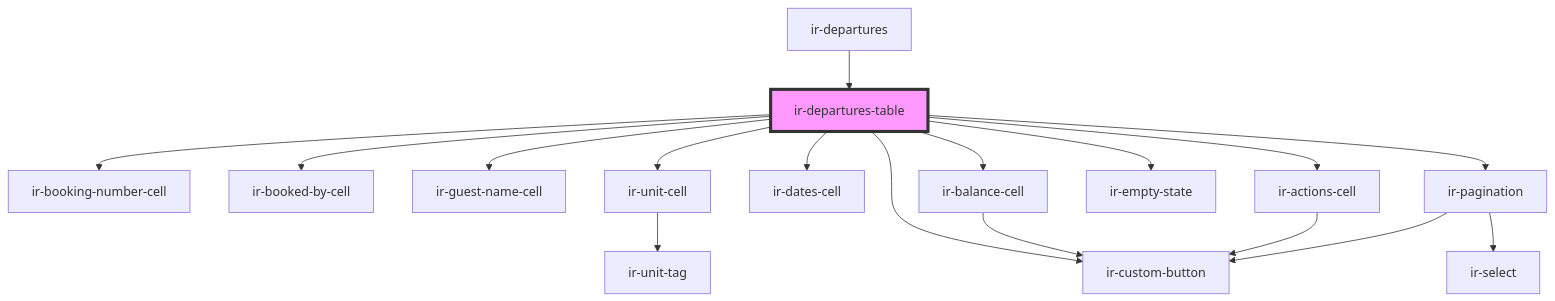
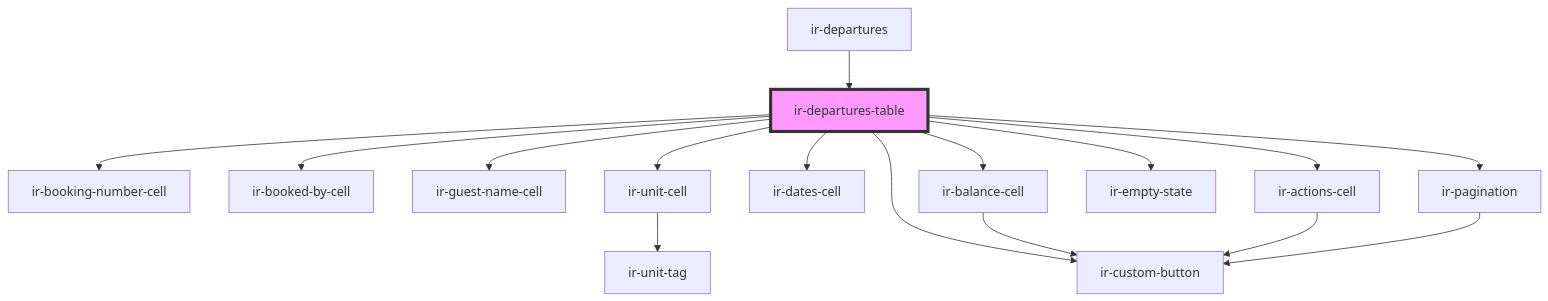
Before and after one commit to RonyRizk/ir-webcmp: the diagram in src/components/ir-departures/ir-departures-table/readme.md, drawn with Mermaid. The commit also changed 586 other files, not shown here.

````diff
--- a/src/components/ir-departures/ir-departures-table/readme.md
+++ b/src/components/ir-departures/ir-departures-table/readme.md
@@ -37,20 +37,19 @@
 ```mermaid
 graph TD;
   ir-departures-table --> ir-booking-number-cell
   ir-departures-table --> ir-booked-by-cell
   ir-departures-table --> ir-guest-name-cell
   ir-departures-table --> ir-unit-cell
   ir-departures-table --> ir-dates-cell
   ir-departures-table --> ir-balance-cell
   ir-departures-table --> ir-actions-cell
   ir-departures-table --> ir-custom-button
   ir-departures-table --> ir-empty-state
   ir-departures-table --> ir-pagination
   ir-unit-cell --> ir-unit-tag
   ir-balance-cell --> ir-custom-button
   ir-actions-cell --> ir-custom-button
-  ir-pagination --> ir-select
   ir-pagination --> ir-custom-button
   ir-departures --> ir-departures-table
   style ir-departures-table fill:#f9f,stroke:#333,stroke-width:4px
 ```
````
